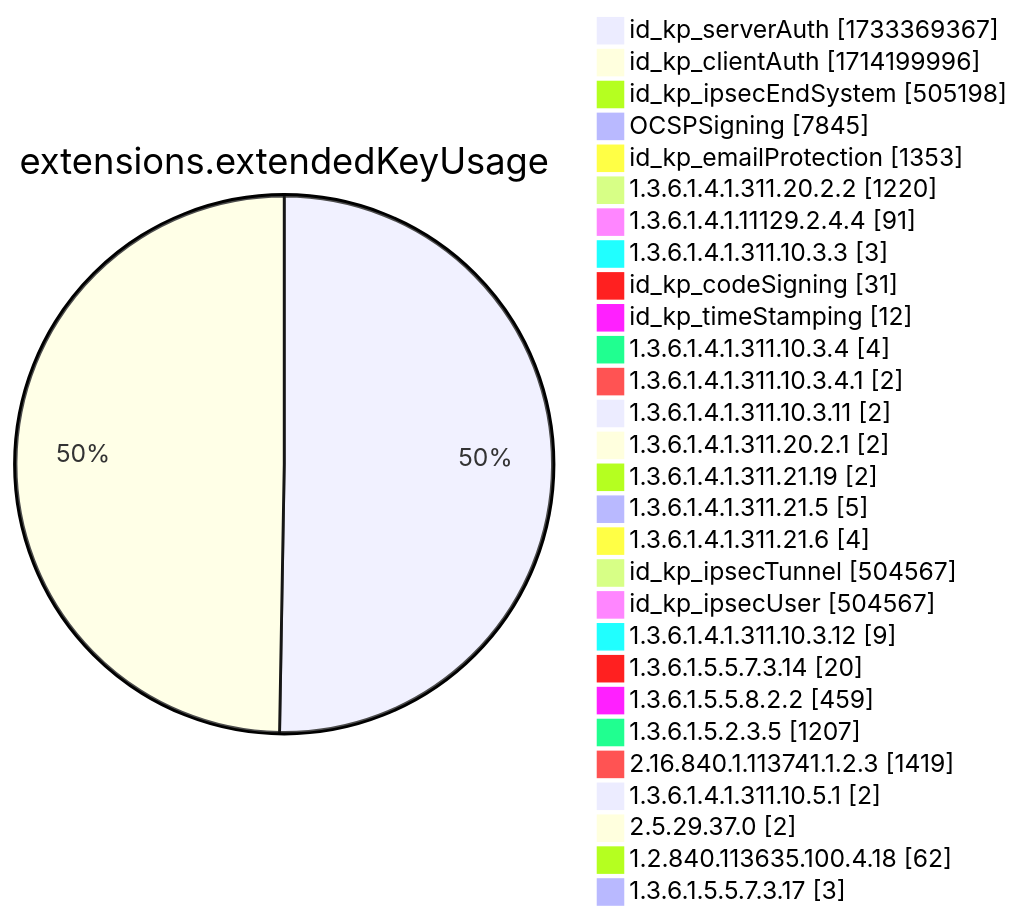
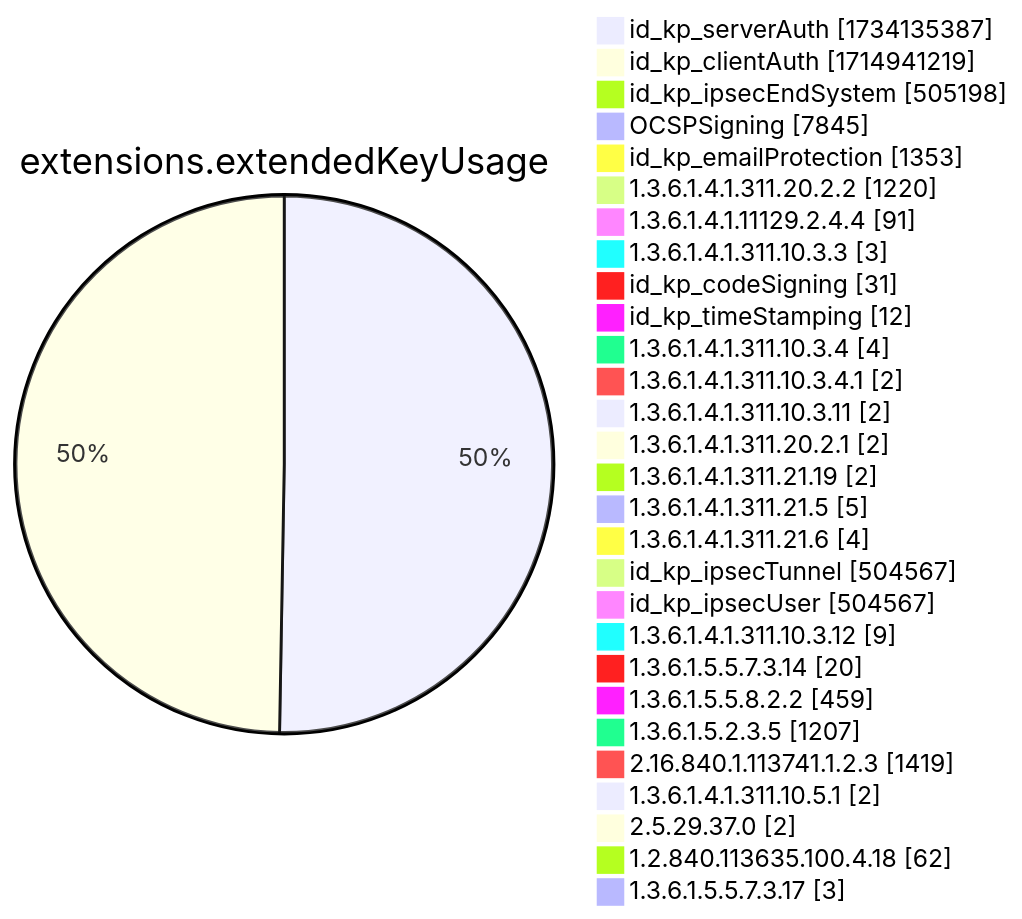
Diagram 12 of 15 in xenon2022/README.md (christiankrug/ctmonitor_visualization), drawn with Mermaid before and after one commit. The commit also changed other lines of this file, not shown here.

````diff
--- a/xenon2022/README.md
+++ b/xenon2022/README.md
@@ -3890,32 +3891,32 @@
 ```mermaid
 pie showData
 title extensions.extendedKeyUsage
-"id_kp_serverAuth" :1733369367
-"id_kp_clientAuth" :1714199996
+"id_kp_serverAuth" :1734135387
+"id_kp_clientAuth" :1714941219
 "id_kp_ipsecEndSystem" :505198
 "OCSPSigning" :7845
 "id_kp_emailProtection" :1353
 "1.3.6.1.4.1.311.20.2.2" :1220
 "1.3.6.1.4.1.11129.2.4.4" :91
 "1.3.6.1.4.1.311.10.3.3" :3
 "id_kp_codeSigning" :31
 "id_kp_timeStamping" :12
 "1.3.6.1.4.1.311.10.3.4" :4
 "1.3.6.1.4.1.311.10.3.4.1" :2
 "1.3.6.1.4.1.311.10.3.11" :2
 "1.3.6.1.4.1.311.20.2.1" :2
 "1.3.6.1.4.1.311.21.19" :2
 "1.3.6.1.4.1.311.21.5" :5
 "1.3.6.1.4.1.311.21.6" :4
 "id_kp_ipsecTunnel" :504567
 "id_kp_ipsecUser" :504567
 "1.3.6.1.4.1.311.10.3.12" :9
 "1.3.6.1.5.5.7.3.14" :20
 "1.3.6.1.5.5.8.2.2" :459
 "1.3.6.1.5.2.3.5" :1207
 "2.16.840.1.113741.1.2.3" :1419
 "1.3.6.1.4.1.311.10.5.1" :2
 "2.5.29.37.0" :2
 "1.2.840.113635.100.4.18" :62
 "1.3.6.1.5.5.7.3.17" :3
 ```
````
